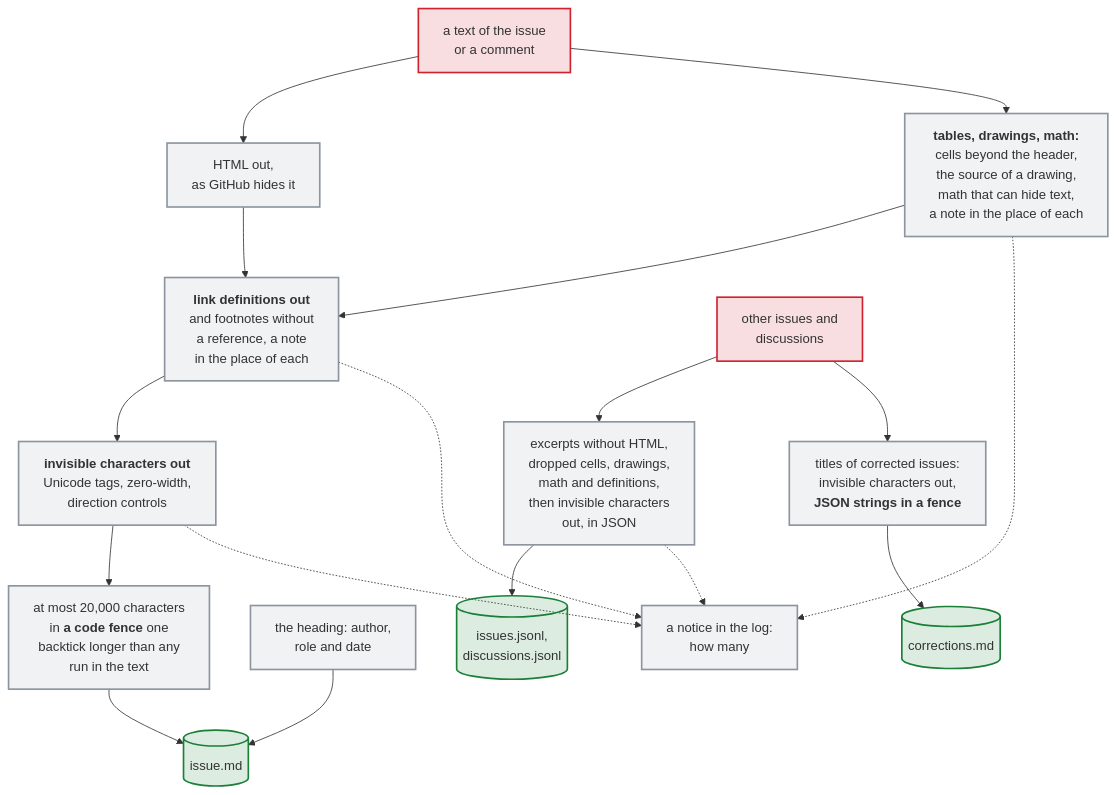
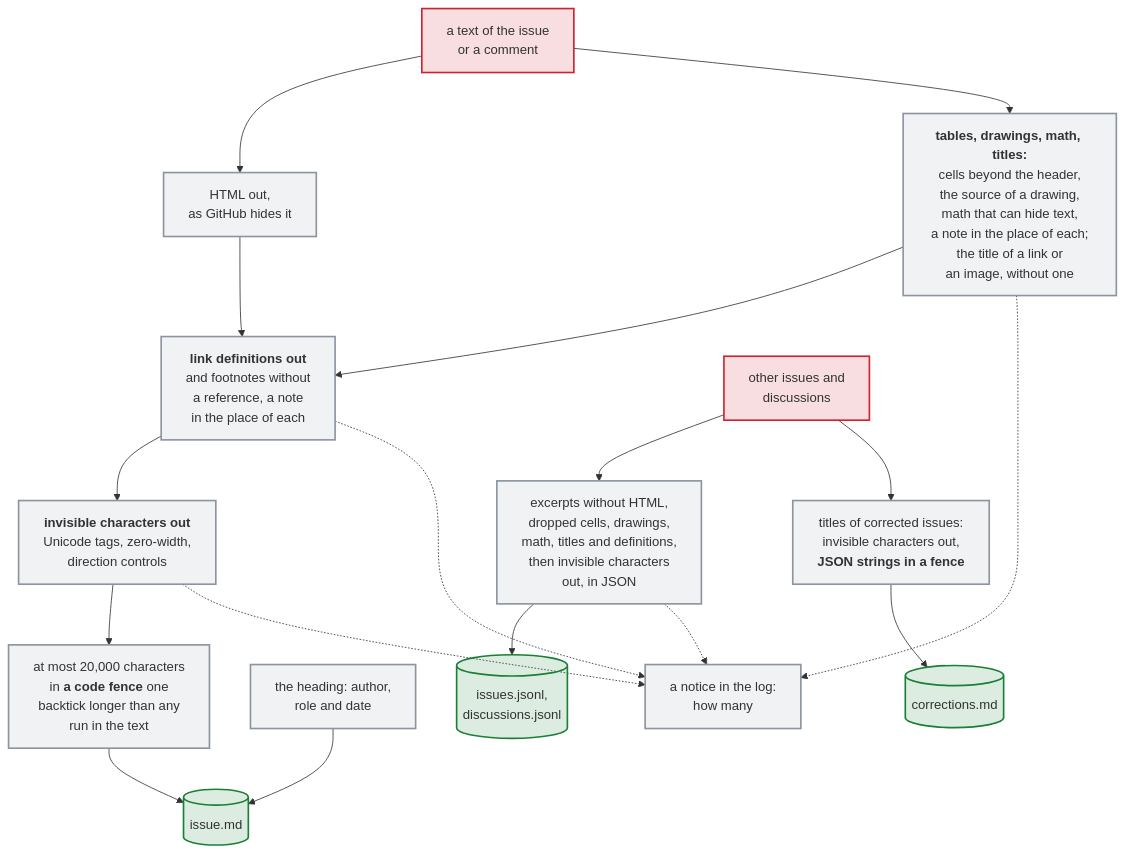
The diagram in docs/diagrams/how-the-text-of-an-issue-and-its-comments-reaches-the-ai.mmd (Dennis-Otto/issue-assistant), drawn with Mermaid before and after one commit. The commit also changed 19 other files, not shown here.

First line of the commit message:
fix(context): the AI no longer reads the title of a link or an image (#510)

```diff
--- a/docs/diagrams/how-the-text-of-an-issue-and-its-comments-reaches-the-ai.mmd
+++ b/docs/diagrams/how-the-text-of-an-issue-and-its-comments-reaches-the-ai.mmd
@@ -1,25 +1,25 @@
 flowchart TB
   accTitle: How the text of an issue and its comments reaches the AI
-  accDescr: Each text of the issue and its comments loses its HTML, as GitHub hides it, and what GitHub doesn't show of its tables, drawings and math, read from the same text: the cells beyond the header of a table, the source of a diagram, a map or a 3D model and math that can hide text, each with a note in its place. Then it loses its link reference definitions and footnotes without a reference, which GitHub shows as nothing as well, each with a note in its place, then the characters that GitHub shows as nothing, and is cut off after 20,000 characters. In this order, no invisible character can end an HTML comment that GitHub never ends. It goes into a code fence with one backtick more than its longest run of backticks, so that no line of the text can end it. The heading above the fence, which only the script writes, names the author, the role and the date. The other issues and discussions become excerpts without HTML, table cells, drawings, math and definitions alike, lose their invisible characters too and go into JSON. The titles of the issues that a maintainer corrected lose their invisible characters as well and reach corrections.md as JSON strings in a code fence that no title can close. A notice in the log counts the definitions, the parts of tables, drawings and math, and the characters that were removed.
+  accDescr: Each text of the issue and its comments loses its HTML, as GitHub hides it, and what GitHub doesn't show of its tables, drawings and math, read from the same text: the cells beyond the header of a table, the source of a diagram, a map or a 3D model and math that can hide text, each with a note in its place, and the title of a link or an image, which the page shows only on hover, with nothing in its place. Then it loses its link reference definitions and footnotes without a reference, which GitHub shows as nothing as well, each with a note in its place, then the characters that GitHub shows as nothing, and is cut off after 20,000 characters. In this order, no invisible character can end an HTML comment that GitHub never ends. It goes into a code fence with one backtick more than its longest run of backticks, so that no line of the text can end it. The heading above the fence, which only the script writes, names the author, the role and the date. The other issues and discussions become excerpts without HTML, table cells, drawings, math, titles and definitions alike, lose their invisible characters too and go into JSON. The titles of the issues that a maintainer corrected lose their invisible characters as well and reach corrections.md as JSON strings in a code fence that no title can close. A notice in the log counts the definitions, the parts of tables, drawings and math, the titles and the characters that were removed.
   text["a text of the issue<br>or a comment"] --> html["HTML out,<br>as GitHub hides it"]
-  text --> structures["`**tables, drawings, math:**<br>cells beyond the header,<br>the source of a drawing,<br>math that can hide text,<br>a note in the place of each`"]
+  text --> structures["`**tables, drawings, math, titles:**<br>cells beyond the header,<br>the source of a drawing,<br>math that can hide text,<br>a note in the place of each;<br>the title of a link or<br>an image, without one`"]
   structures --> definitions
   html --> definitions["`**link definitions out**<br>and footnotes without<br>a reference, a note<br>in the place of each`"]
   definitions --> invisible["`**invisible characters out**<br>Unicode tags, zero-width,<br>direction controls`"]
   invisible --> fence["`at most 20,000 characters<br>in **a code fence** one<br>backtick longer than any<br>run in the text`"]
   heading["the heading: author,<br>role and date"] --> issue[("issue.md")]
   fence --> issue
-  others["other issues and<br>discussions"] --> excerpts["excerpts without HTML,<br>dropped cells, drawings,<br>math and definitions,<br>then invisible characters<br>out, in JSON"]
+  others["other issues and<br>discussions"] --> excerpts["excerpts without HTML,<br>dropped cells, drawings,<br>math, titles and definitions,<br>then invisible characters<br>out, in JSON"]
   excerpts --> jsonl[("issues.jsonl,<br>discussions.jsonl")]
   others --> titles["`titles of corrected issues:<br>invisible characters out,<br>**JSON strings in a fence**`"]
   titles --> corrections[("corrections.md")]
   structures -.-> notice
   definitions -.-> notice["a notice in the log:<br>how many"]
   invisible -.-> notice
   excerpts -.-> notice
   classDef untrusted fill:#cf222e26,stroke:#cf222e,stroke-width:2px
   classDef job fill:#8c959f1f,stroke:#8c959f,stroke-width:2px
   classDef safe fill:#1a7f3726,stroke:#1a7f37,stroke-width:2px
   class text,others untrusted
   class invisible,html,structures,definitions,fence,heading,excerpts,titles,notice job
   class issue,jsonl,corrections safe
```
